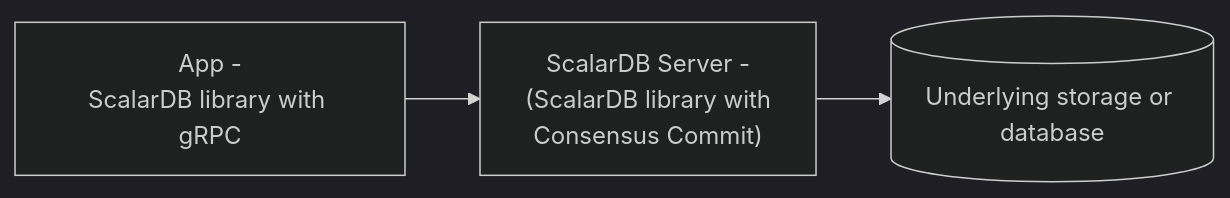
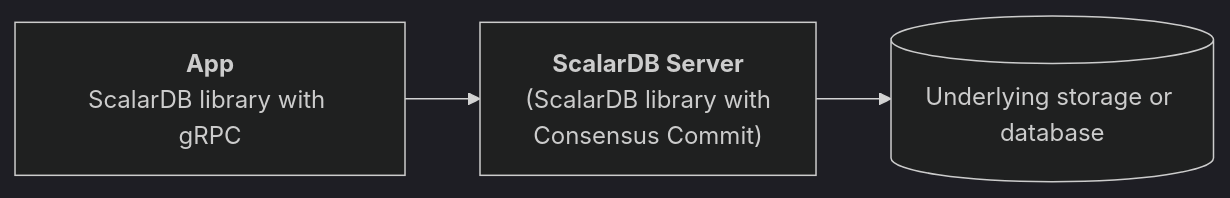
One commit to scalar-labs/scalardb changed the second of 2 diagrams in docs/configurations.md. Above: the diagram before and after it, drawn with Mermaid (dark theme). The commit also changed other lines of this file, not shown here.

Commit message:
Modify Mermaid diagram formatting

````diff
--- a/docs/configurations.md
+++ b/docs/configurations.md
@@ -293,7 +293,7 @@
 ```mermaid
 flowchart LR
-    app["App -<br />ScalarDB library with gRPC"]
-    server["ScalarDB Server -<br />(ScalarDB library with<br />Consensus Commit)"]
+    app["<b>App</b><br />ScalarDB library with gRPC"]
+    server["<b>ScalarDB Server</b><br />(ScalarDB library with<br />Consensus Commit)"]
     db[(Underlying storage or database)]
     app --> server --> db
 ```
````
